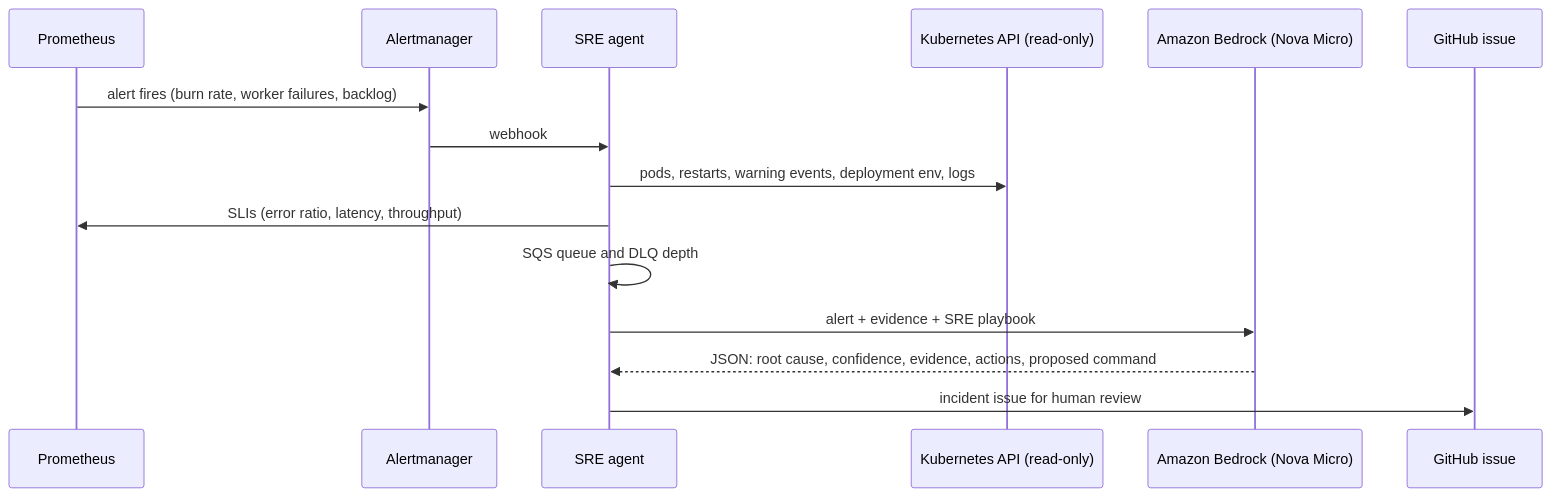
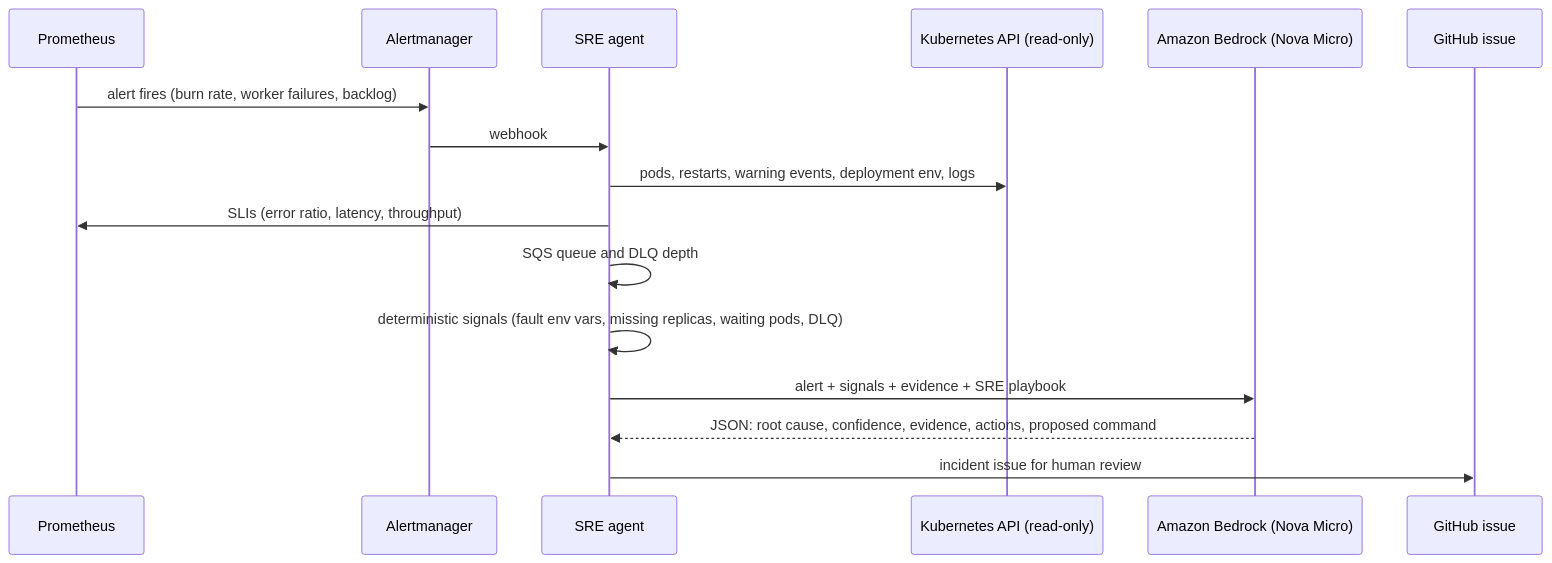
The diagram in docs/sre-agent.md (MaikonJm/aws-sre-ai-platform), drawn with Mermaid before and after one commit. The commit also changed other lines of this file and 5 other files, not shown here.

````diff
--- a/docs/sre-agent.md
+++ b/docs/sre-agent.md
@@ -7,17 +7,18 @@
 ```mermaid
 sequenceDiagram
   participant P as Prometheus
   participant A as Alertmanager
   participant G as SRE agent
   participant K as Kubernetes API (read-only)
   participant B as Amazon Bedrock (Nova Micro)
   participant H as GitHub issue
   P->>A: alert fires (burn rate, worker failures, backlog)
   A->>G: webhook
   G->>K: pods, restarts, warning events, deployment env, logs
   G->>P: SLIs (error ratio, latency, throughput)
   G->>G: SQS queue and DLQ depth
-  G->>B: alert + evidence + SRE playbook
+  G->>G: deterministic signals (fault env vars, missing replicas, waiting pods, DLQ)
+  G->>B: alert + signals + evidence + SRE playbook
   B-->>G: JSON: root cause, confidence, evidence, actions, proposed command
   G->>H: incident issue for human review
 ```
````
